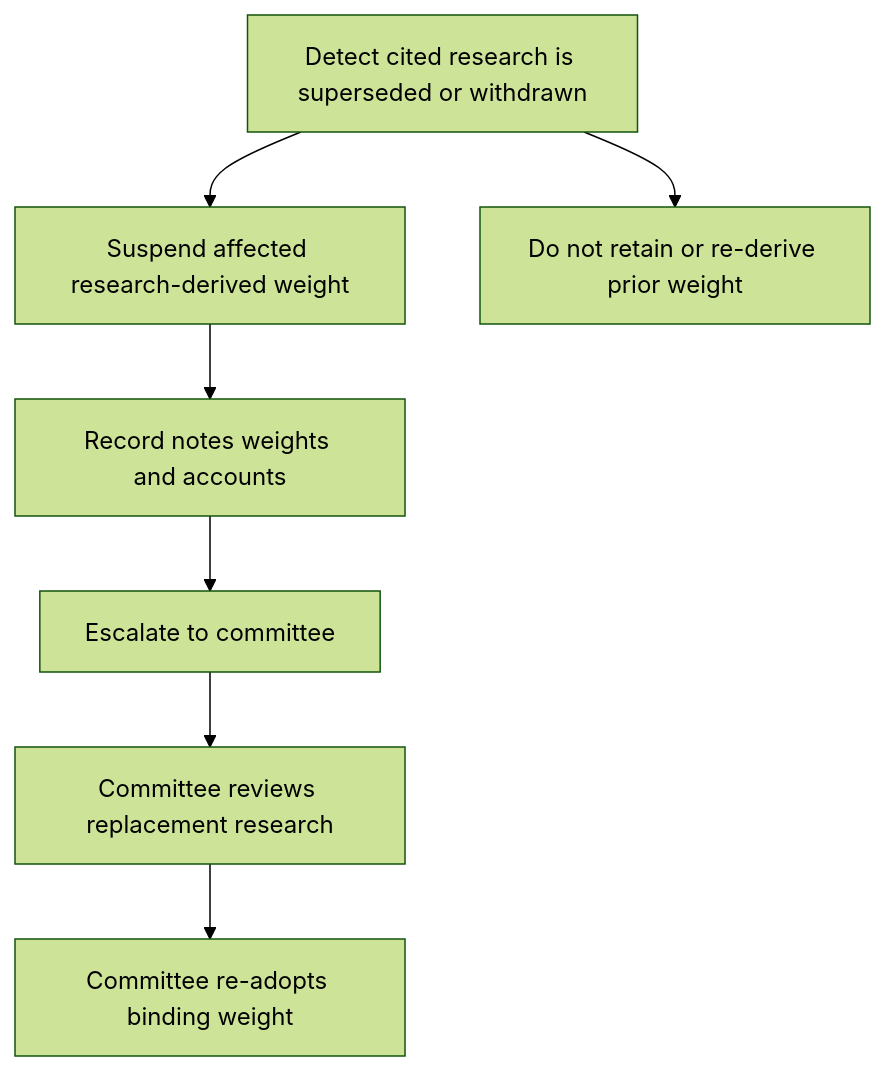
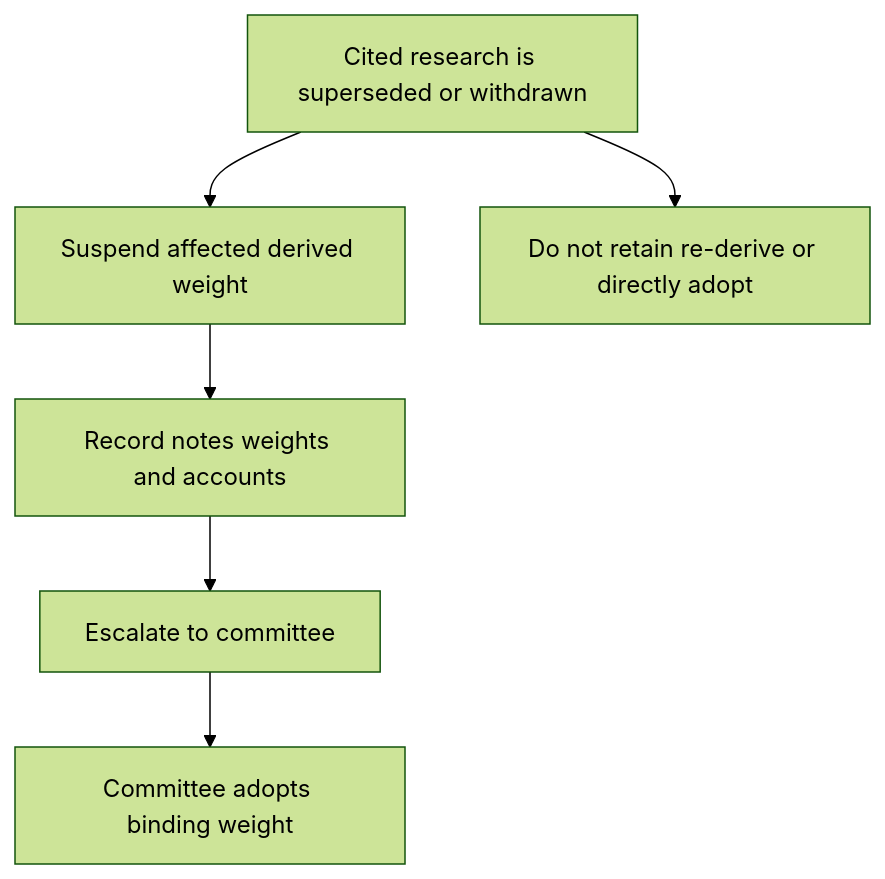
One commit to xuro-langchain/wealth-research-corpus changed the diagram in openwiki/guidance/authority/discretion-and-escalation.md. Above: the diagram before and after it, drawn with Mermaid (forest theme). The commit also changed other lines of this file and 43 other files, not shown here.

````diff
--- a/openwiki/guidance/authority/discretion-and-escalation.md
+++ b/openwiki/guidance/authority/discretion-and-escalation.md
@@ -63,9 +59,8 @@
 ```mermaid
 flowchart TD
-    Detect["Detect cited research is superseded or withdrawn"] --> Suspend["Suspend affected research-derived weight"]
-    Suspend --> Identify["Record notes weights and accounts"]
-    Identify --> Escalate["Escalate to committee"]
-    Escalate --> Review["Committee reviews replacement research"]
-    Review --> Adopt["Committee re-adopts binding weight"]
-    Detect --> NoDerive["Do not retain or re-derive prior weight"]
+    Detect["Cited research is superseded or withdrawn"] --> Suspend["Suspend affected derived weight"]
+    Suspend --> Package["Record notes weights and accounts"]
+    Package --> Escalate["Escalate to committee"]
+    Escalate --> Adopt["Committee adopts binding weight"]
+    Detect --> Prohibit["Do not retain re-derive or directly adopt"]
 ```
````
